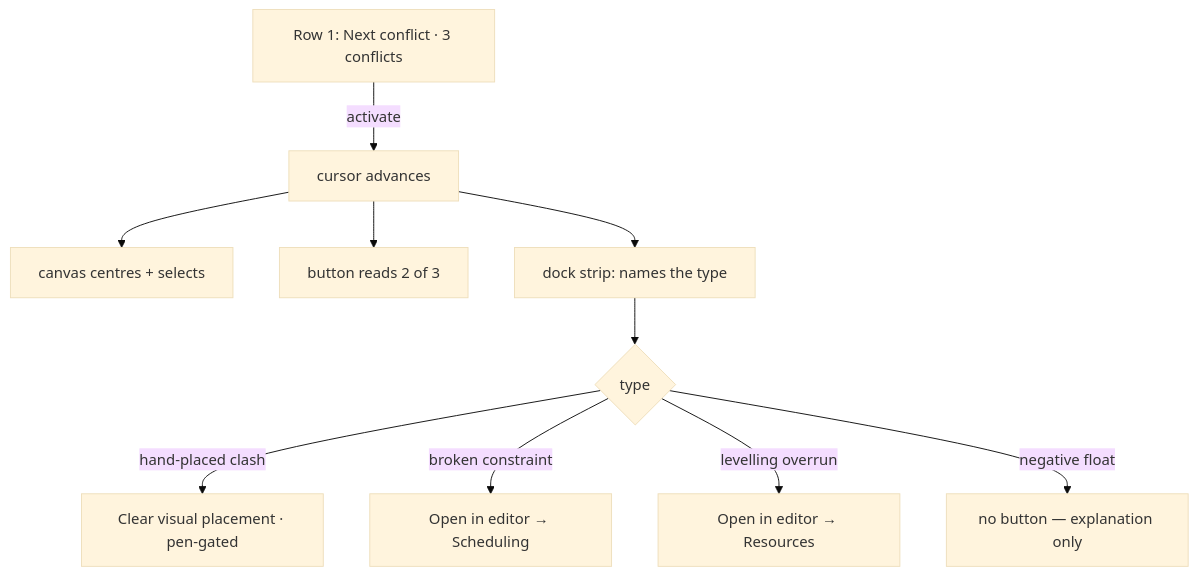
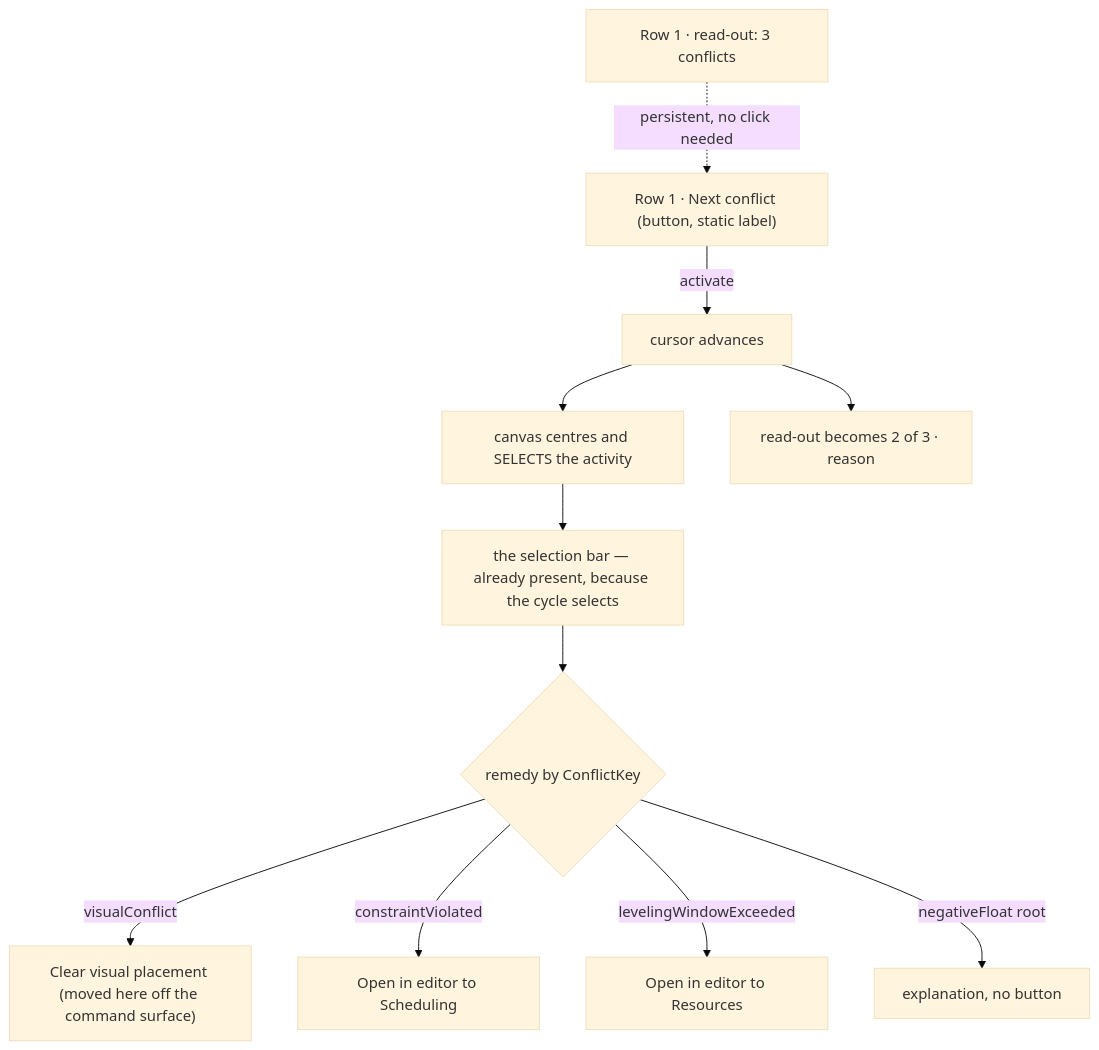
Before and after one commit to HuttonHomeHub/SchedulePoint_1: the diagram in docs/specs/conflict-review/feature-spec.md, drawn with Mermaid (base theme). The commit also changed other lines of this file and 1 other file, not shown here.

First line of the commit message:
docs(docs): revise conflict-review against the pre-approval review

````diff
--- a/docs/specs/conflict-review/feature-spec.md
+++ b/docs/specs/conflict-review/feature-spec.md
@@ -179,12 +207,13 @@
 ```mermaid
 flowchart TD
-  A[Row 1: Next conflict · 3 conflicts] -->|activate| B[cursor advances]
-  B --> C[canvas centres + selects]
-  B --> D[button reads 2 of 3]
-  B --> E[dock strip: names the type]
-  E --> F{type}
-  F -->|hand-placed clash| G[Clear visual placement · pen-gated]
-  F -->|broken constraint| H[Open in editor → Scheduling]
-  F -->|levelling overrun| I[Open in editor → Resources]
-  F -->|negative float| J[no button — explanation only]
+  A["Row 1 · Next conflict (button, static label)"] -->|activate| B[cursor advances]
+  R["Row 1 · read-out: 3 conflicts"] -.->|persistent, no click needed| A
+  B --> C[canvas centres and SELECTS the activity]
+  B --> D["read-out becomes 2 of 3 · reason"]
+  C --> E["the selection bar — already present, because the cycle selects"]
+  E --> F{"remedy by ConflictKey"}
+  F -->|visualConflict| G["Clear visual placement (moved here off the command surface)"]
+  F -->|constraintViolated| H[Open in editor to Scheduling]
+  F -->|levelingWindowExceeded| I[Open in editor to Resources]
+  F -->|negativeFloat root| J[explanation, no button]
 ```
````
